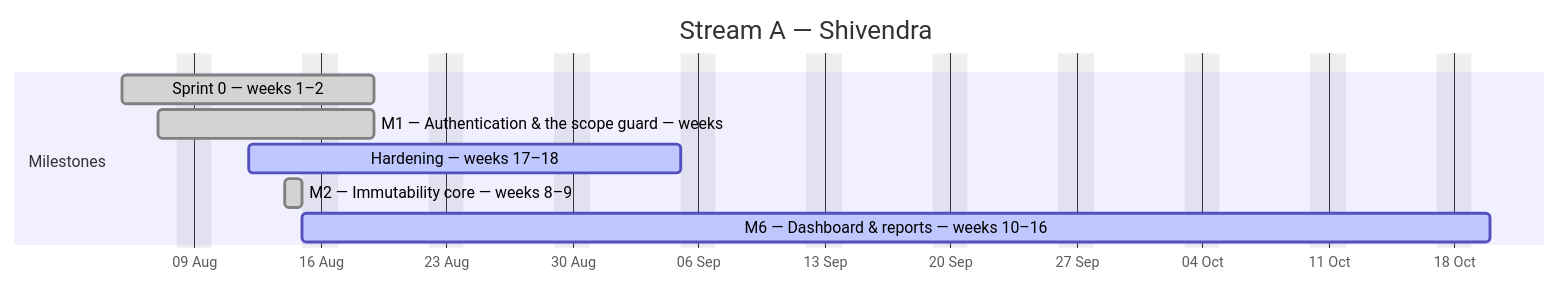
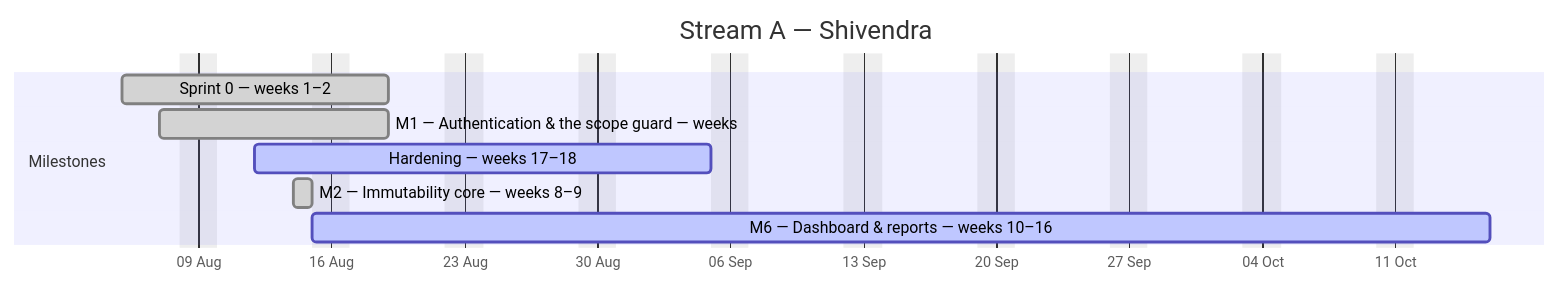
One commit to debashisedunext/EduTrack changed the first of 4 diagrams in docs/plan/GANTT.md. Above: the diagram before and after it, drawn with Mermaid. The commit also changed other lines of this file and 3 other files, not shown here.

````diff
--- a/docs/plan/GANTT.md
+++ b/docs/plan/GANTT.md
@@ -111,13 +111,13 @@
 ```mermaid
 gantt
     dateFormat YYYY-MM-DD
     axisFormat %d %b
     title Stream A — Shivendra
     excludes weekends
     section Milestones
     Sprint 0 — weeks 1–2 :done, a0, 2026-08-05, 10d
     M1 — Authentication & the scope guard — weeks :done, a1, 2026-08-07, 8d
     Hardening — weeks 17–18 :active, a2, 2026-08-12, 18d
     M2 — Immutability core — weeks 8–9 :done, a3, 2026-08-14, 1d
-    M6 — Dashboard & reports — weeks 10–16 :active, a4, 2026-08-15, 47d
+    M6 — Dashboard & reports — weeks 10–16 :active, a4, 2026-08-15, 45d
 ```
````
